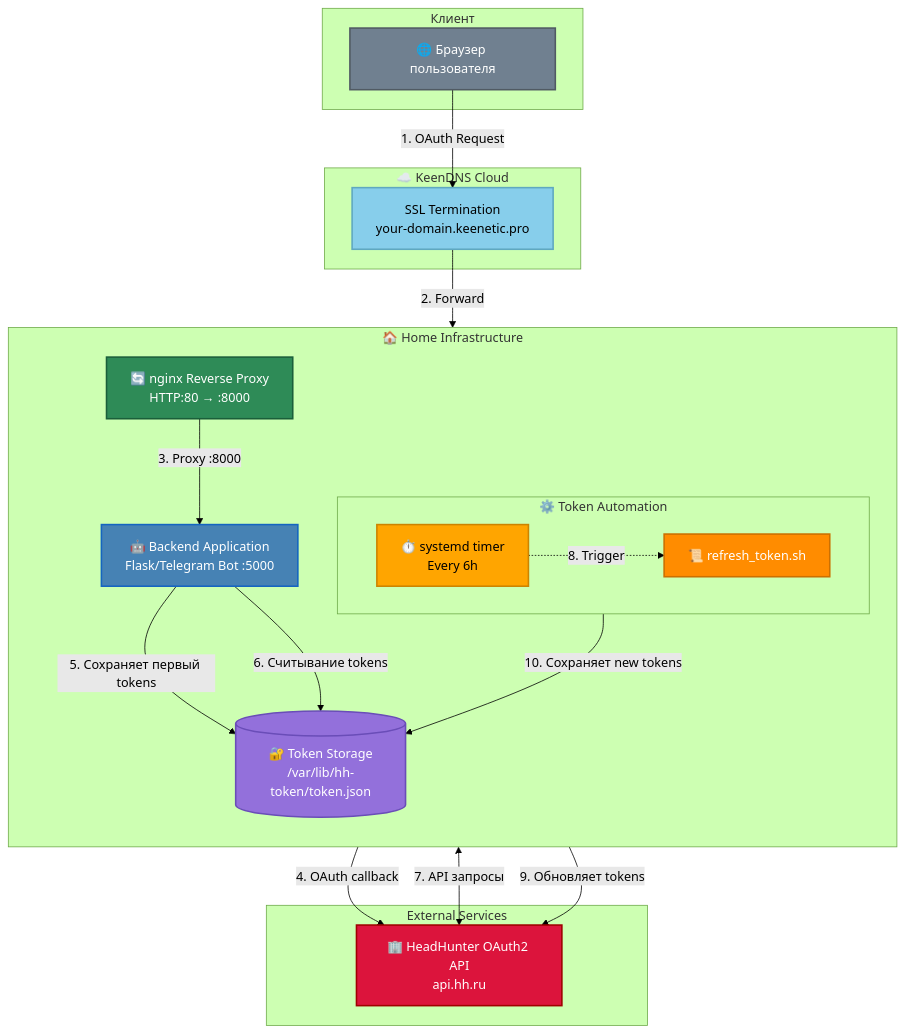
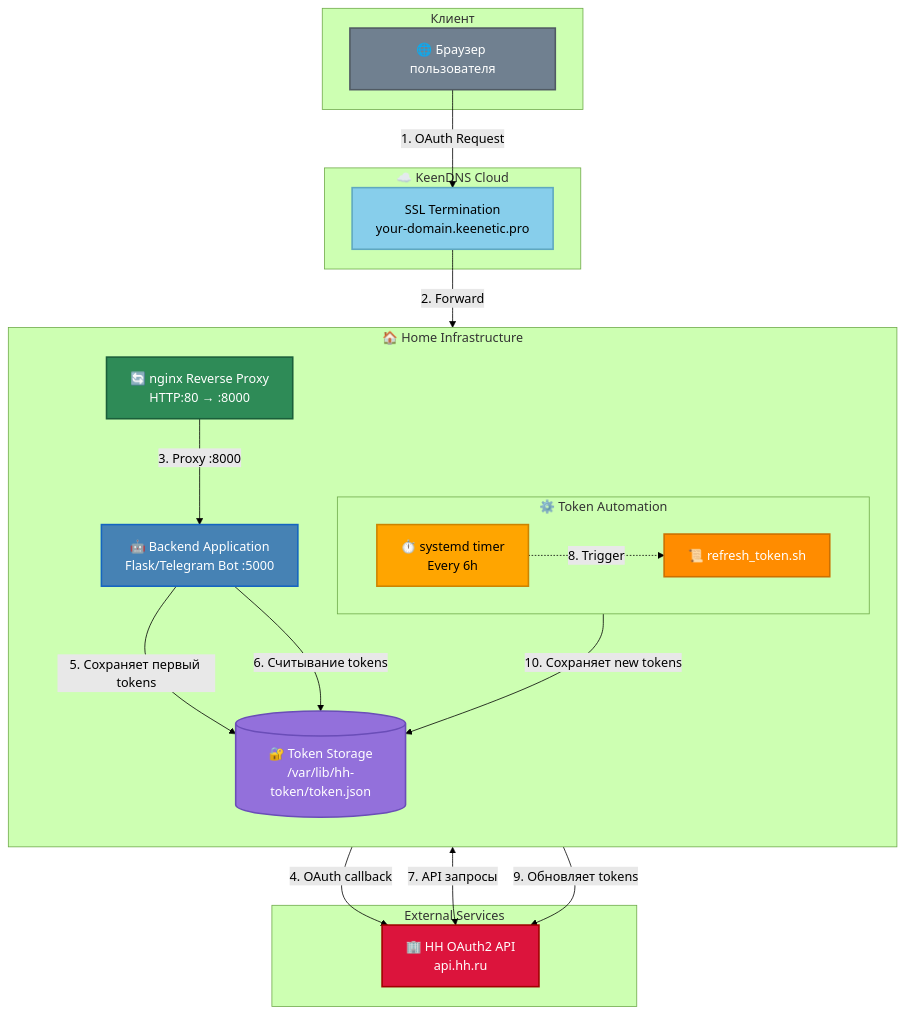
The diagram in docs/oauth-flow.md (do6pbln9l/hh-oauth2-keendns-nginx-systemd), drawn with Mermaid (forest theme) before and after one commit.

````diff
--- a/docs/oauth-flow.md
+++ b/docs/oauth-flow.md
@@ -7,56 +7,56 @@
 ```mermaid
 flowchart TB
 
     subgraph client["Клиент"]
         Browser[🌐 Браузер пользователя]
     end
     
     subgraph cloud["☁️ KeenDNS Cloud"]
         KeenDNS[SSL Termination<br/>your-domain.keenetic.pro]
     end
     
     subgraph home["🏠 Home Infrastructure"]
         direction TB
         Nginx[🔄 nginx Reverse Proxy<br/>HTTP:80 → :8000]
         App[🤖 Backend Application<br/>Flask/Telegram Bot :5000]
         
         subgraph automation["⚙️ Token Automation"]
             direction LR
             Timer[⏱️ systemd timer<br/>Every 6h]
             Script[📜 refresh_token.sh]
         end
         
         TokenStore[(🔐 Token Storage<br/>/var/lib/hh-token/token.json)]
     end
     
     subgraph api["External Services"]
-        HHAPI[🏢 HeadHunter OAuth2 API<br/>api.hh.ru]
+        HHAPI[🏢 HH OAuth2 API<br/>api.hh.ru]
     end
     
     %% OAuth Flow (первичная авторизация):
     Browser -->|1. OAuth Request| KeenDNS
     KeenDNS -->|2. Forward| Nginx
     Nginx -->|3. Proxy :8000| App
     App -->|4. OAuth callback| HHAPI
     App -->|5. Сохраняет первый tokens| TokenStore
     
     %% Production Flow (работа приложения):
     App -->|6. Считывание tokens| TokenStore
     App <-->|7. API запросы| HHAPI
     
     %% Token Refresh Flow (автообновление):
     Timer -.->|8. Trigger| Script
     Script -->|9. Обновляет tokens| HHAPI
     Script -->|10. Сохраняет new tokens| TokenStore
  
     
     %% Styling
     style Nginx fill:#2E8B57,color:#FFFFFF,stroke:#1a5f3a,stroke-width:2px
     style App fill:#4682B4,color:#FFFFFF,stroke:#1565c0,stroke-width:2px
     style HHAPI fill:#DC143C,color:#FFFFFF,stroke:#a00000,stroke-width:2px
     style Timer fill:#FFA500,color:#000000,stroke:#cc8400,stroke-width:2px
     style Script fill:#FF8C00,color:#FFFFFF,stroke:#cc7000,stroke-width:2px
     style TokenStore fill:#9370DB,color:#FFFFFF,stroke:#6a4db8,stroke-width:2px
     style Browser fill:#708090,color:#FFFFFF,stroke:#505a63,stroke-width:2px
     style KeenDNS fill:#87CEEB,color:#000000,stroke:#5fa8c0,stroke-width:2px
 ```
````
